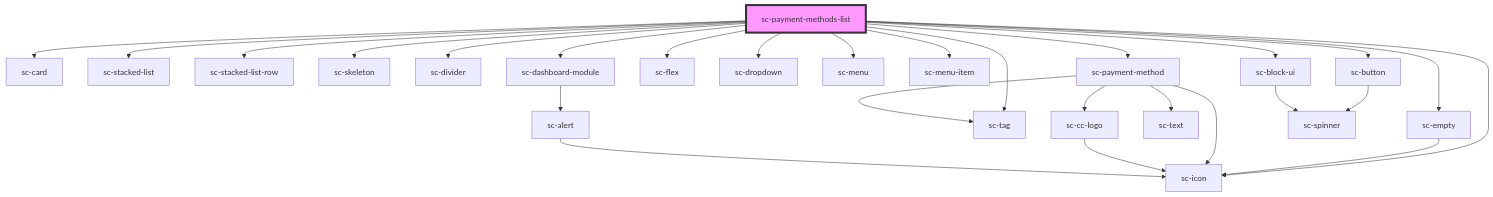
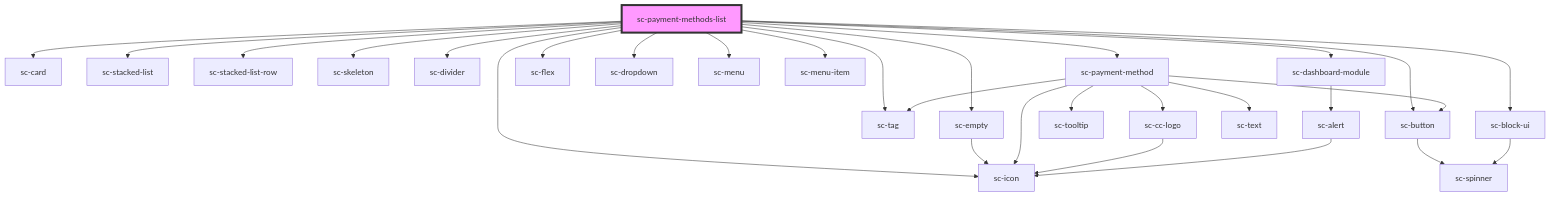
One commit to surecart/surecart-wp-plugin changed the diagram in packages/components/src/components/controllers/dashboard/payment-methods-list/readme.md. Above: the diagram before and after it, drawn with Mermaid. The commit also changed 10 other files, not shown here.

````diff
--- a/packages/components/src/components/controllers/dashboard/payment-methods-list/readme.md
+++ b/packages/components/src/components/controllers/dashboard/payment-methods-list/readme.md
@@ -39,30 +39,32 @@
 ```mermaid
 graph TD;
   sc-payment-methods-list --> sc-card
   sc-payment-methods-list --> sc-stacked-list
   sc-payment-methods-list --> sc-stacked-list-row
   sc-payment-methods-list --> sc-skeleton
   sc-payment-methods-list --> sc-divider
   sc-payment-methods-list --> sc-empty
   sc-payment-methods-list --> sc-payment-method
   sc-payment-methods-list --> sc-flex
   sc-payment-methods-list --> sc-tag
   sc-payment-methods-list --> sc-dropdown
   sc-payment-methods-list --> sc-icon
   sc-payment-methods-list --> sc-menu
   sc-payment-methods-list --> sc-menu-item
   sc-payment-methods-list --> sc-dashboard-module
   sc-payment-methods-list --> sc-button
   sc-payment-methods-list --> sc-block-ui
   sc-empty --> sc-icon
+  sc-payment-method --> sc-tooltip
+  sc-payment-method --> sc-button
+  sc-payment-method --> sc-icon
   sc-payment-method --> sc-tag
   sc-payment-method --> sc-cc-logo
-  sc-payment-method --> sc-icon
   sc-payment-method --> sc-text
+  sc-button --> sc-spinner
   sc-cc-logo --> sc-icon
   sc-dashboard-module --> sc-alert
   sc-alert --> sc-icon
-  sc-button --> sc-spinner
   sc-block-ui --> sc-spinner
   style sc-payment-methods-list fill:#f9f,stroke:#333,stroke-width:4px
 ```
````
